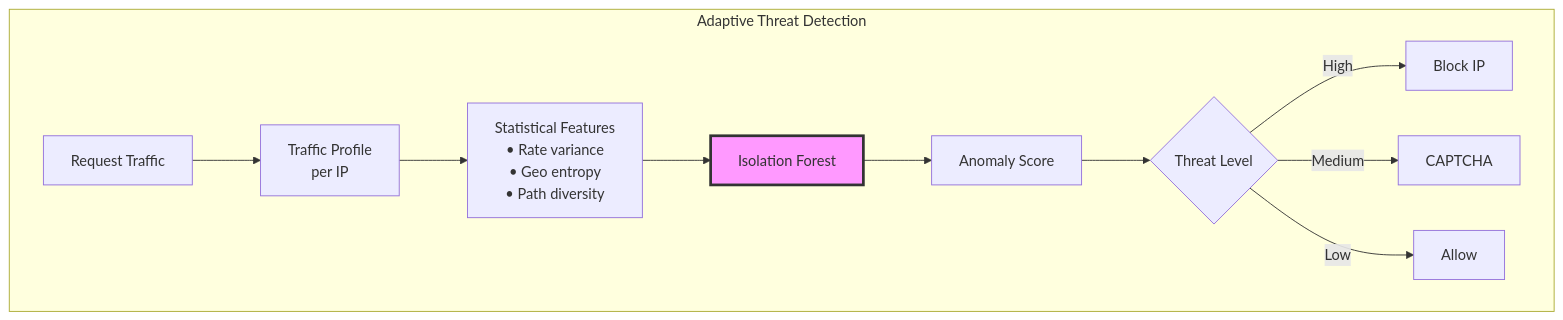
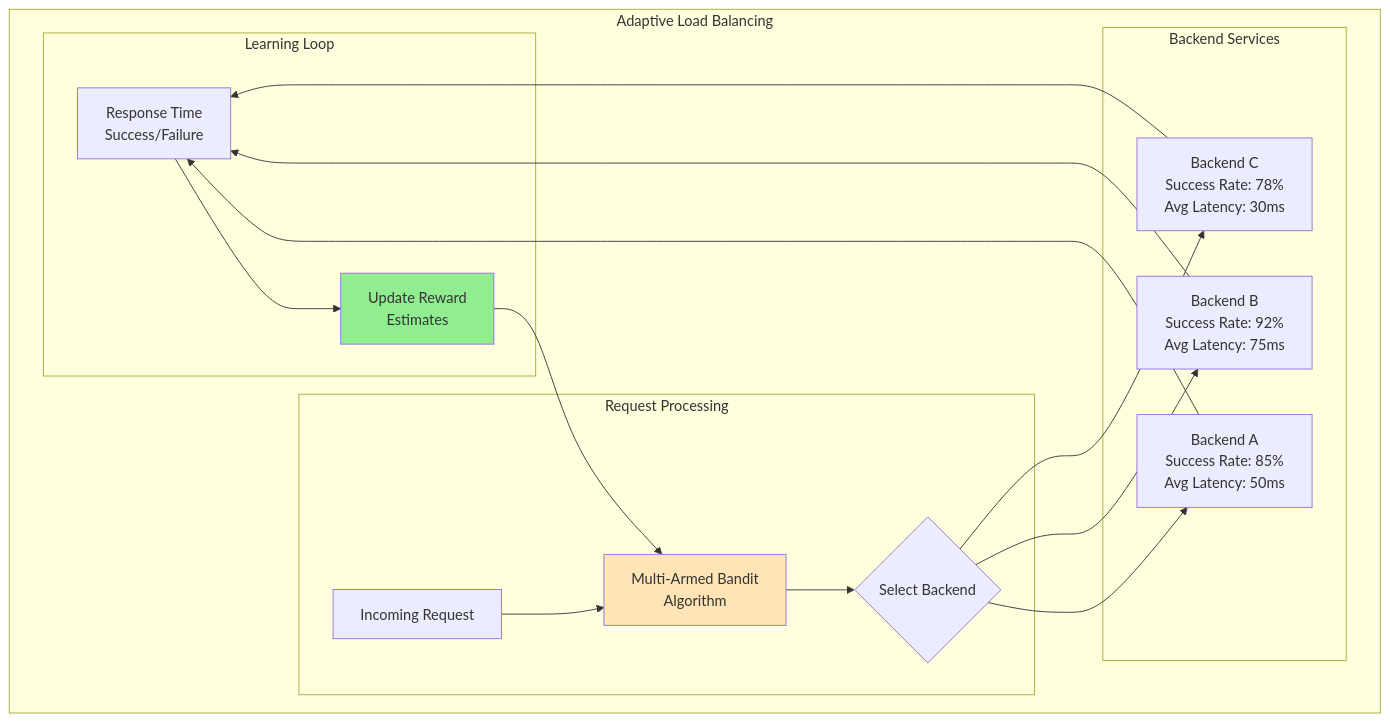
Before and after one commit to deepaucksharma/DStudio: the fifth of 5 diagrams in docs/core-principles/pillars/intelligence-distribution.md, drawn with Mermaid. The commit also changed other lines of this file and 112 other files, not shown here.

````diff
--- a/docs/core-principles/pillars/intelligence-distribution.md
+++ b/docs/core-principles/pillars/intelligence-distribution.md
@@ -216,15 +156,31 @@
 ```mermaid
 graph TB
-    subgraph "Adaptive Threat Detection"
-        Traffic[Request Traffic] --> Profile[Traffic Profile<br/>per IP]
-        Profile --> Features[Statistical Features<br/>• Rate variance<br/>• Geo entropy<br/>• Path diversity]
-        Features --> Forest[Isolation Forest]
-        Forest --> Score[Anomaly Score]
-        Score --> Decision{Threat Level}
-        Decision -->|High| Block[Block IP]
-        Decision -->|Medium| Challenge[CAPTCHA]
-        Decision -->|Low| Allow[Allow]
+    subgraph "Adaptive Load Balancing"
+        subgraph "Request Processing"
+            Request[Incoming Request] --> Bandit[Multi-Armed Bandit<br/>Algorithm]
+            Bandit --> Decision{Select Backend}
+        end
+        
+        subgraph "Backend Services"
+            Backend1[Backend A<br/>Success Rate: 85%<br/>Avg Latency: 50ms]
+            Backend2[Backend B<br/>Success Rate: 92%<br/>Avg Latency: 75ms]
+            Backend3[Backend C<br/>Success Rate: 78%<br/>Avg Latency: 30ms]
+        end
+        
+        subgraph "Learning Loop"
+            Response[Response Time<br/>Success/Failure] --> Update[Update Reward<br/>Estimates]
+            Update --> Bandit
+        end
+        
+        Decision --> Backend1
+        Decision --> Backend2
+        Decision --> Backend3
+        
+        Backend1 --> Response
+        Backend2 --> Response
+        Backend3 --> Response
+        
+        style Bandit fill:#FFE4B5
+        style Update fill:#90EE90
     end
-    
-    style Forest fill:#f9f,stroke:#333,stroke-width:3px
 ```
````
